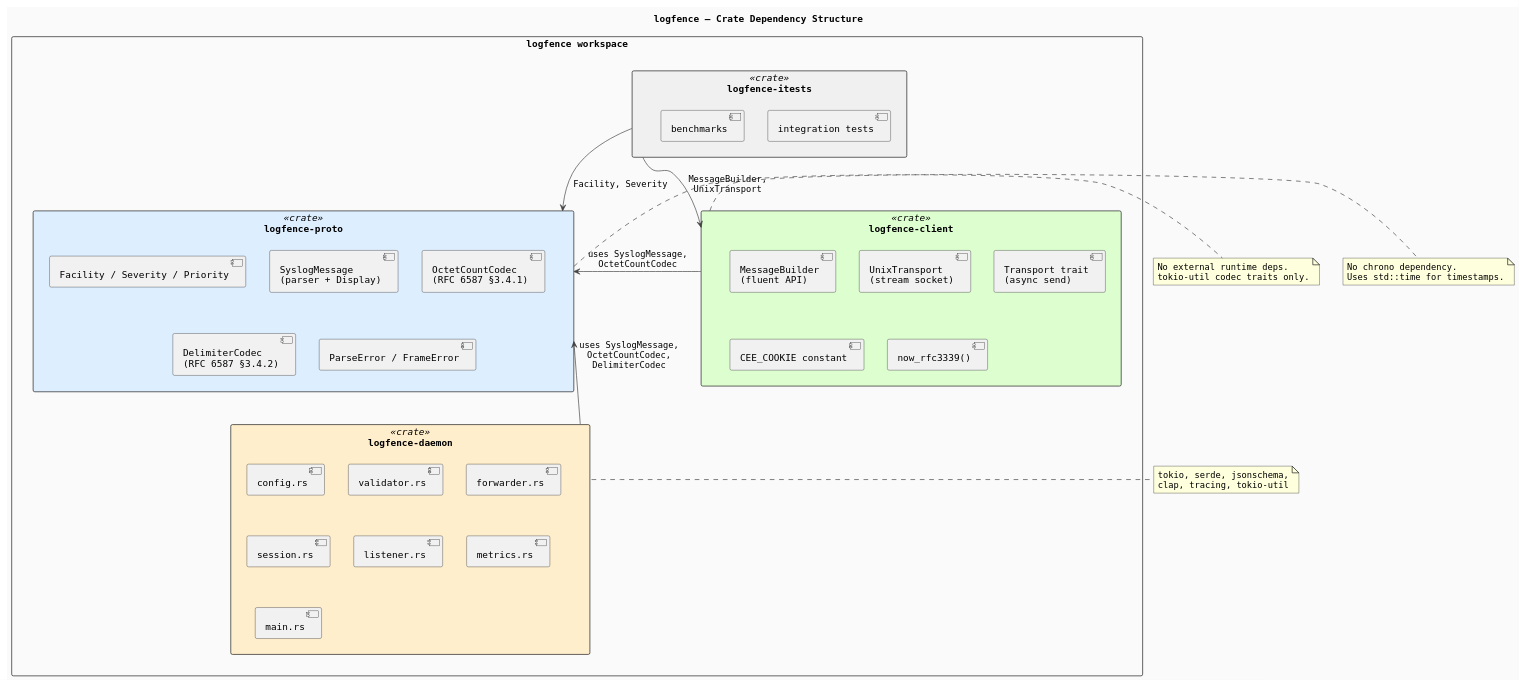
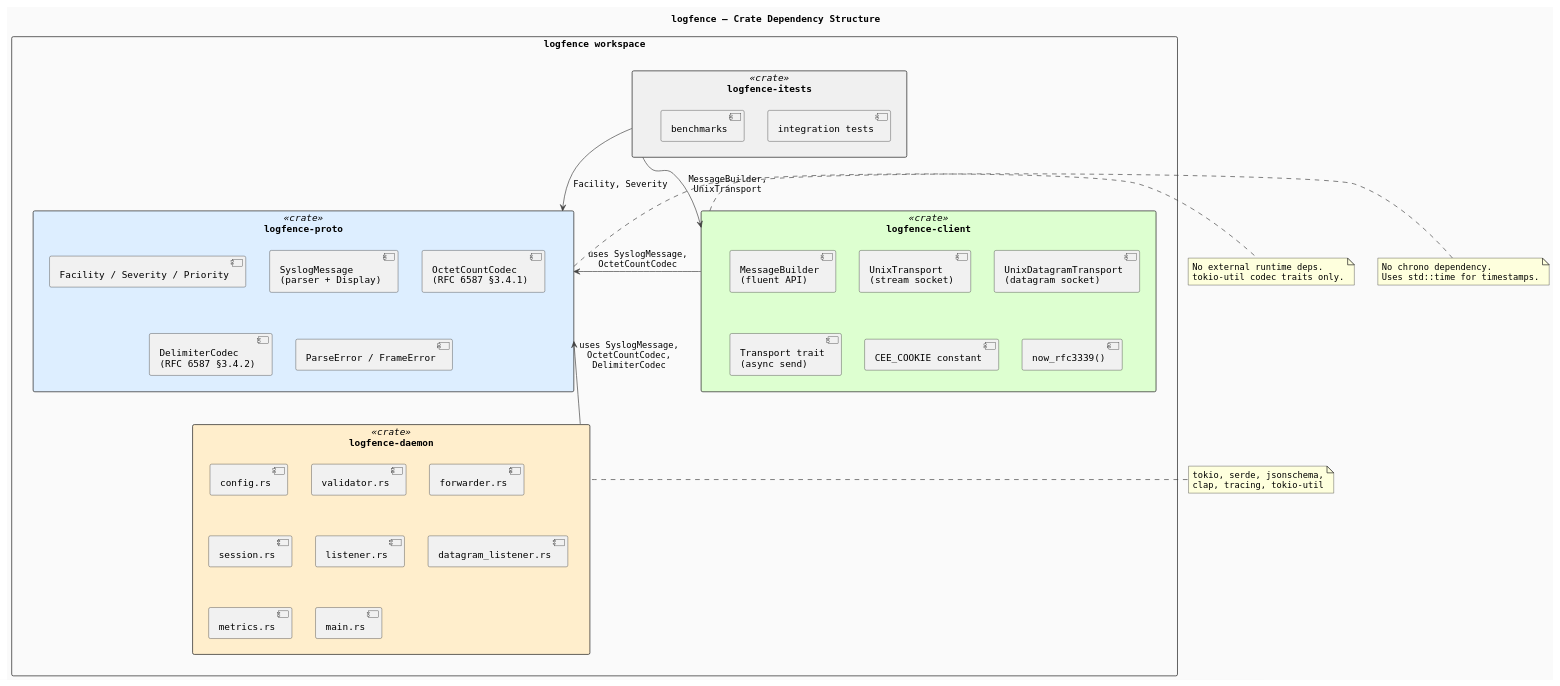
Before and after one commit to hildstrom/logfence: the diagram in docs/diagrams/02-crate-dependencies.puml, drawn with PlantUML. The commit also changed 23 other files, not shown here.

Commit message:
datagram input support for logfenced, metrics socket enabled flag, doc updates, diagram updates

```diff
--- a/docs/diagrams/02-crate-dependencies.puml
+++ b/docs/diagrams/02-crate-dependencies.puml
@@ -1,64 +1,66 @@
 @startuml crate-dependencies
 title logfence — Crate Dependency Structure
 
 skinparam defaultFontName Monospaced
 skinparam packageStyle rectangle
 skinparam ArrowColor #444444
 skinparam BackgroundColor #FAFAFA
 
 package "logfence workspace" {
 
   package "logfence-proto" <<crate>> #DDEEFF {
     [Facility / Severity / Priority]
     [SyslogMessage\n(parser + Display)]
     [OctetCountCodec\n(RFC 6587 §3.4.1)]
     [DelimiterCodec\n(RFC 6587 §3.4.2)]
     [ParseError / FrameError]
   }
 
   package "logfence-client" <<crate>> #DDFFD0 {
     [MessageBuilder\n(fluent API)]
     [UnixTransport\n(stream socket)]
+    [UnixDatagramTransport\n(datagram socket)]
     [Transport trait\n(async send)]
     [CEE_COOKIE constant]
     [now_rfc3339()]
   }
 
   package "logfence-daemon" <<crate>> #FFEECC {
     [config.rs]
     [validator.rs]
     [forwarder.rs]
     [session.rs]
     [listener.rs]
+    [datagram_listener.rs]
     [metrics.rs]
     [main.rs]
   }
 
   package "logfence-itests" <<crate>> #F0F0F0 {
     [integration tests]
     [benchmarks]
   }
 
 }
 
 [logfence-client] --> [logfence-proto] : uses SyslogMessage,\nOctetCountCodec
 [logfence-daemon] --> [logfence-proto] : uses SyslogMessage,\nOctetCountCodec,\nDelimiterCodec
 [logfence-itests] --> [logfence-client] : MessageBuilder,\nUnixTransport
 [logfence-itests] --> [logfence-proto] : Facility, Severity
 
 note right of [logfence-proto]
   No external runtime deps.
   tokio-util codec traits only.
 end note
 
 note right of [logfence-client]
   No chrono dependency.
   Uses std::time for timestamps.
 end note
 
 note right of [logfence-daemon]
   tokio, serde, jsonschema,
   clap, tracing, tokio-util
 end note
 
 @enduml
```
